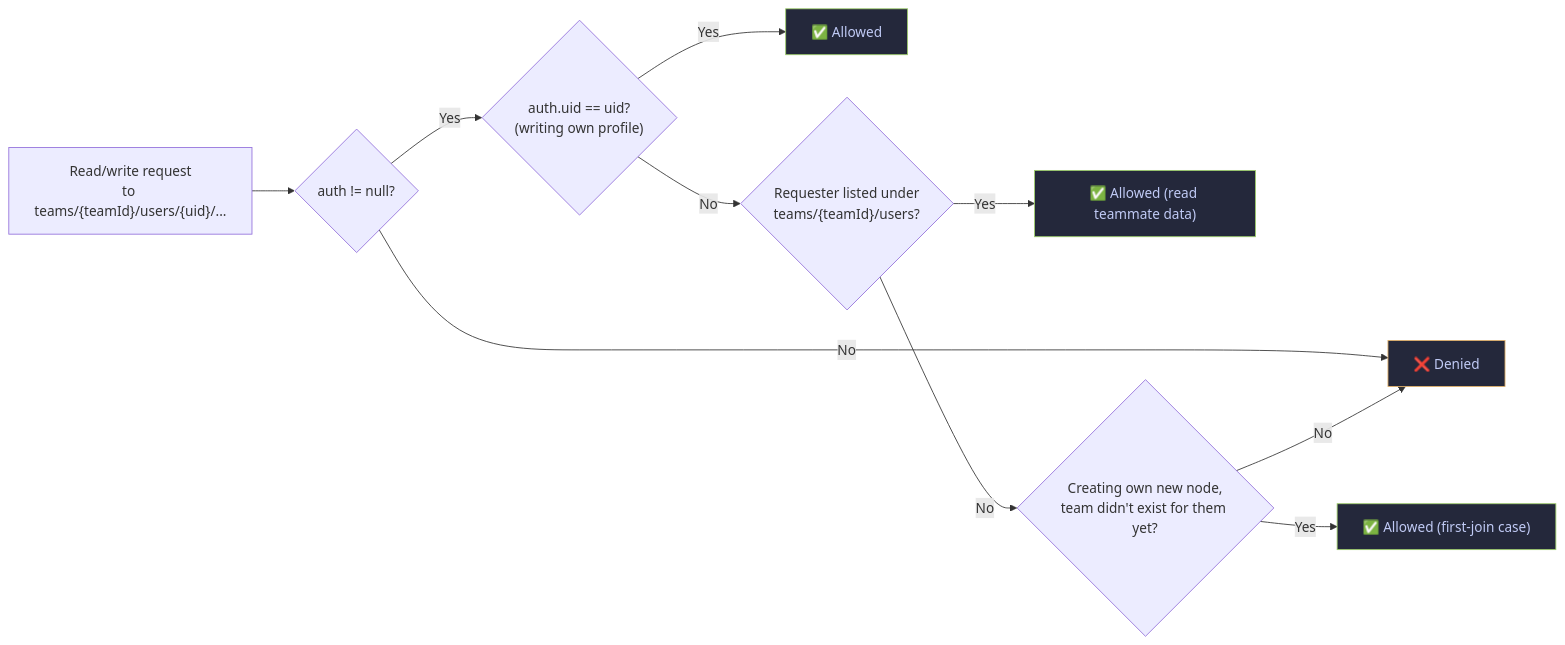
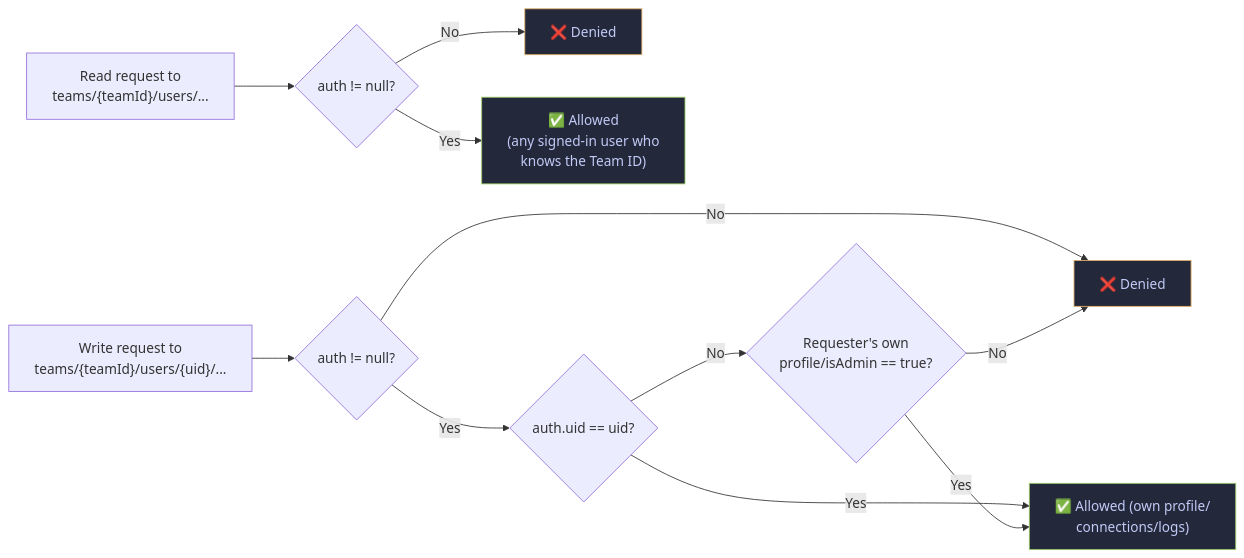
Before and after one commit to D3V-ALPHA/HelloDesk: the eighth of 9 diagrams in README.md, drawn with Mermaid. The commit also changed other lines of this file and 2 other files, not shown here.

````diff
--- a/README.md
+++ b/README.md
@@ -347,17 +347,19 @@
 ```mermaid
 flowchart LR
-    Req["Read/write request<br/>to teams/{teamId}/users/{uid}/..."] --> Auth{"auth != null?"}
-    Auth -- No --> Deny["❌ Denied"]
-    Auth -- Yes --> Owner{"auth.uid == uid?<br/>(writing own profile)"}
-    Owner -- Yes --> Allow1["✅ Allowed"]
-    Owner -- No --> Member{"Requester listed under<br/>teams/{teamId}/users?"}
-    Member -- Yes --> Allow2["✅ Allowed (read teammate data)"]
-    Member -- No --> FirstJoin{"Creating own new node,<br/>team didn't exist for them yet?"}
-    FirstJoin -- Yes --> Allow3["✅ Allowed (first-join case)"]
-    FirstJoin -- No --> Deny
+    ReadReq["Read request to<br/>teams/{teamId}/users/..."] --> ReadAuth{"auth != null?"}
+    ReadAuth -- No --> ReadDeny["❌ Denied"]
+    ReadAuth -- Yes --> ReadAllow["✅ Allowed<br/>(any signed-in user who<br/>knows the Team ID)"]
 
-    style Allow1 fill:#24283b,stroke:#9ece6a,color:#c0caf5
-    style Allow2 fill:#24283b,stroke:#9ece6a,color:#c0caf5
-    style Allow3 fill:#24283b,stroke:#9ece6a,color:#c0caf5
-    style Deny fill:#24283b,stroke:#e0af68,color:#c0caf5
+    WriteReq["Write request to<br/>teams/{teamId}/users/{uid}/..."] --> WriteAuth{"auth != null?"}
+    WriteAuth -- No --> WriteDeny["❌ Denied"]
+    WriteAuth -- Yes --> Owner{"auth.uid == uid?"}
+    Owner -- Yes --> WriteAllow["✅ Allowed (own profile/<br/>connections/logs)"]
+    Owner -- No --> Admin{"Requester's own<br/>profile/isAdmin == true?"}
+    Admin -- Yes --> WriteAllow
+    Admin -- No --> WriteDeny
+
+    style ReadAllow fill:#24283b,stroke:#9ece6a,color:#c0caf5
+    style WriteAllow fill:#24283b,stroke:#9ece6a,color:#c0caf5
+    style ReadDeny fill:#24283b,stroke:#e0af68,color:#c0caf5
+    style WriteDeny fill:#24283b,stroke:#e0af68,color:#c0caf5
 ```
````
